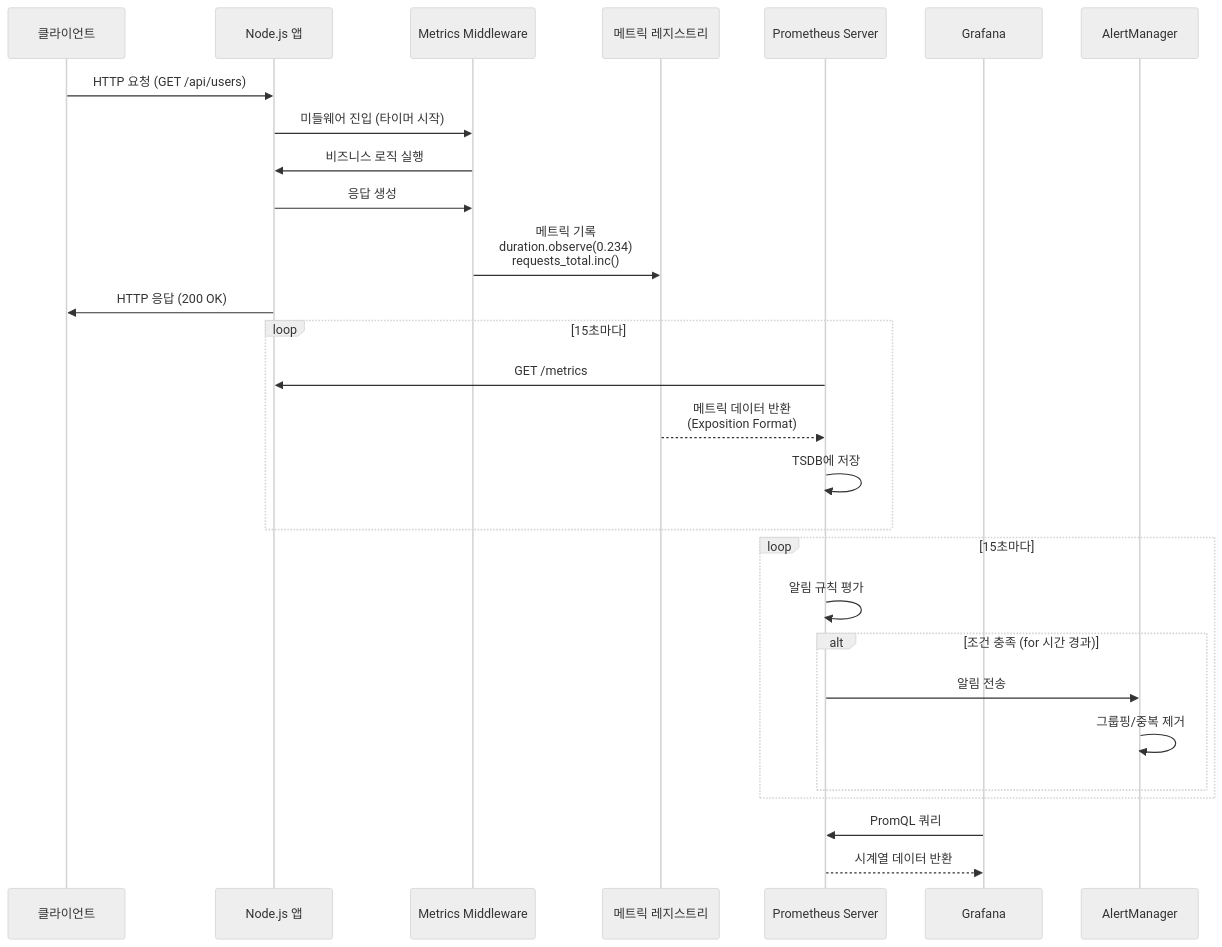
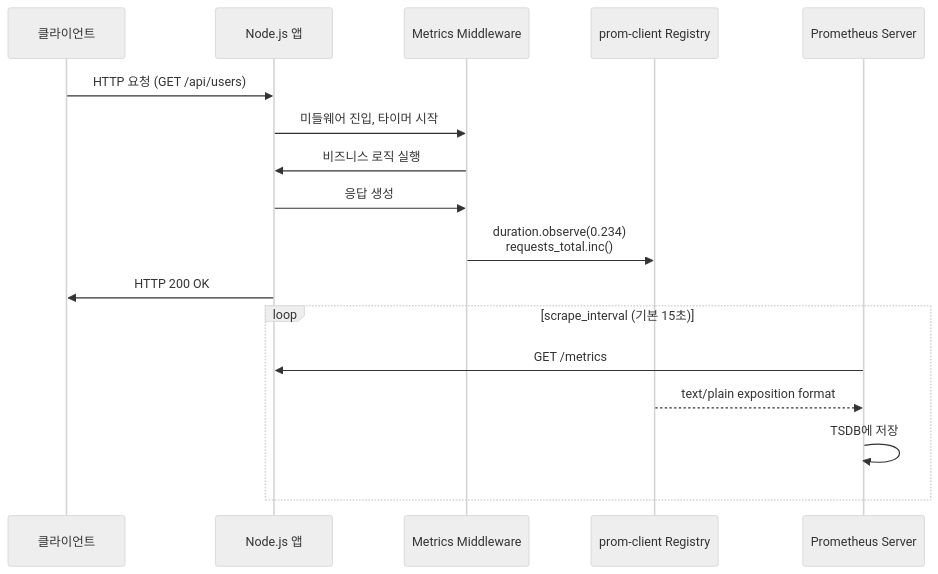
The first of 4 diagrams in Develop/DevOps/Monitoring/Prometheus_메트릭_수집.md (GYUTORY/YGSTUDY), drawn with Mermaid (neutral theme) before and after one commit. The commit also changed other lines of this file and 3 other files, not shown here.

````diff
--- a/Develop/DevOps/Monitoring/Prometheus_메트릭_수집.md
+++ b/Develop/DevOps/Monitoring/Prometheus_메트릭_수집.md
@@ -367,34 +17,21 @@
 ```mermaid
 sequenceDiagram
-    participant Client as 클라이언트
+    participant C as 클라이언트
     participant App as Node.js 앱
     participant MW as Metrics Middleware
-    participant Reg as 메트릭 레지스트리
+    participant Reg as prom-client Registry
     participant Prom as Prometheus Server
-    participant GF as Grafana
-    participant AM as AlertManager
 
-    Client->>App: HTTP 요청 (GET /api/users)
-    App->>MW: 미들웨어 진입 (타이머 시작)
+    C->>App: HTTP 요청 (GET /api/users)
+    App->>MW: 미들웨어 진입, 타이머 시작
     MW->>App: 비즈니스 로직 실행
     App->>MW: 응답 생성
-    MW->>Reg: 메트릭 기록<br/>duration.observe(0.234)<br/>requests_total.inc()
-    App->>Client: HTTP 응답 (200 OK)
+    MW->>Reg: duration.observe(0.234)<br/>requests_total.inc()
+    App->>C: HTTP 200 OK
 
-    loop 15초마다
+    loop scrape_interval (기본 15초)
         Prom->>App: GET /metrics
-        Reg-->>Prom: 메트릭 데이터 반환<br/>(Exposition Format)
+        Reg-->>Prom: text/plain exposition format
         Prom->>Prom: TSDB에 저장
     end
-
-    loop 15초마다
-        Prom->>Prom: 알림 규칙 평가
-        alt 조건 충족 (for 시간 경과)
-            Prom->>AM: 알림 전송
-            AM->>AM: 그룹핑/중복 제거
-        end
-    end
-
-    GF->>Prom: PromQL 쿼리
-    Prom-->>GF: 시계열 데이터 반환
 ```
````
